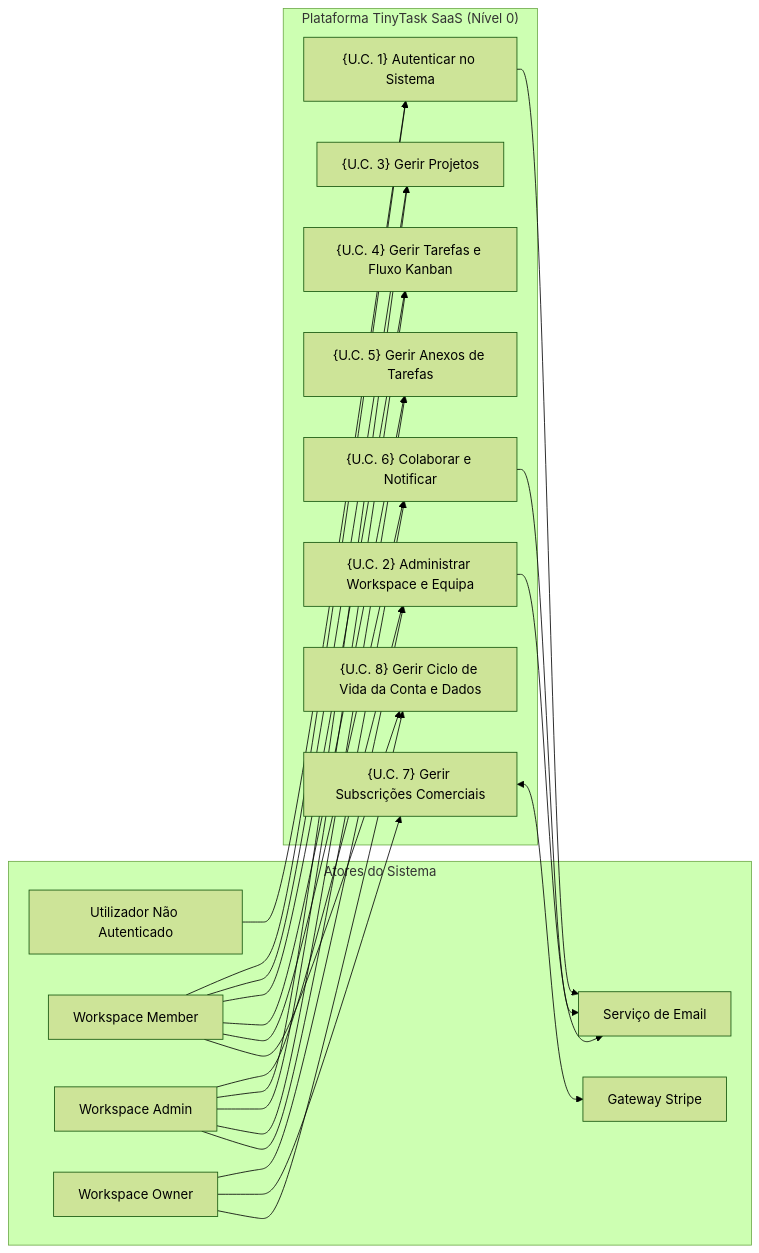
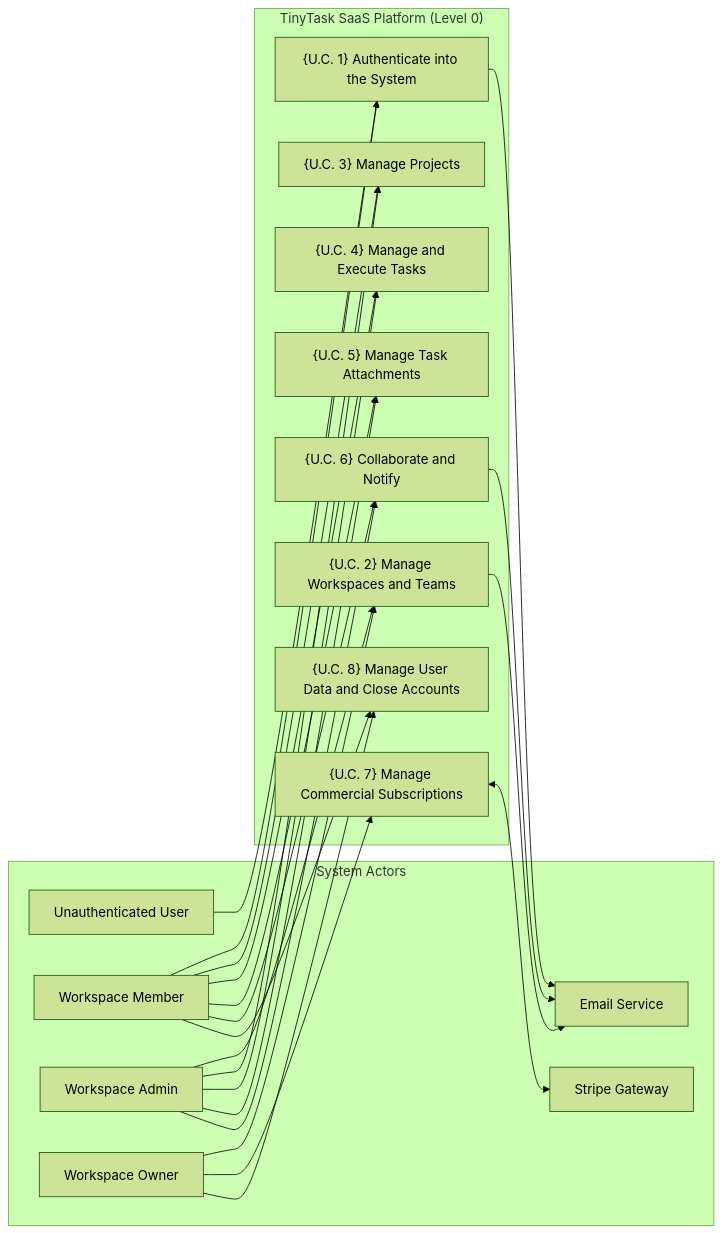
The diagram in cases/Case_01_TinyTask_SaaS/03_PHASE3_SPEC/Doc01_Requirements_Elicitation_and_PUC.md (pauloribeiro16/aegis-mvp), drawn with Mermaid (forest theme) before and after one commit. The commit also changed other lines of this file and 3 other files, not shown here.

````diff
--- a/cases/Case_01_TinyTask_SaaS/03_PHASE3_SPEC/Doc01_Requirements_Elicitation_and_PUC.md
+++ b/cases/Case_01_TinyTask_SaaS/03_PHASE3_SPEC/Doc01_Requirements_Elicitation_and_PUC.md
@@ -878,45 +878,45 @@
 ```mermaid
 flowchart LR
-    subgraph Atores["Atores do Sistema"]
-        U_Anon["Utilizador Não Autenticado"]
-        U_Membro["Workspace Member"]
+    subgraph Actors["System Actors"]
+        U_Anon["Unauthenticated User"]
+        U_Member["Workspace Member"]
         U_Admin["Workspace Admin"]
         U_Owner["Workspace Owner"]
-        S_Stripe["Gateway Stripe"]
-        S_Email["Serviço de Email"]
+        S_Stripe["Stripe Gateway"]
+        S_Email["Email Service"]
     end
 
-    subgraph Sistema["Plataforma TinyTask SaaS (Nível 0)"]
-        UC1["{U.C. 1} Autenticar no Sistema"]
-        UC2["{U.C. 2} Administrar Workspace e Equipa"]
-        UC3["{U.C. 3} Gerir Projetos"]
-        UC4["{U.C. 4} Gerir Tarefas e Fluxo Kanban"]
-        UC5["{U.C. 5} Gerir Anexos de Tarefas"]
-        UC6["{U.C. 6} Colaborar e Notificar"]
-        UC7["{U.C. 7} Gerir Subscrições Comerciais"]
-        UC8["{U.C. 8} Gerir Ciclo de Vida da Conta e Dados"]
+    subgraph System["TinyTask SaaS Platform (Level 0)"]
+        UC1["{U.C. 1} Authenticate into the System"]
+        UC2["{U.C. 2} Manage Workspaces and Teams"]
+        UC3["{U.C. 3} Manage Projects"]
+        UC4["{U.C. 4} Manage and Execute Tasks"]
+        UC5["{U.C. 5} Manage Task Attachments"]
+        UC6["{U.C. 6} Collaborate and Notify"]
+        UC7["{U.C. 7} Manage Commercial Subscriptions"]
+        UC8["{U.C. 8} Manage User Data and Close Accounts"]
     end
 
     U_Anon --> UC1
-    U_Membro --> UC1
-    U_Membro --> UC3
-    U_Membro --> UC4
-    U_Membro --> UC5
-    U_Membro --> UC6
-    U_Membro --> UC8
+    U_Member --> UC1
+    U_Member --> UC3
+    U_Member --> UC4
+    U_Member --> UC5
+    U_Member --> UC6
+    U_Member --> UC8
 
     U_Admin --> UC2
     U_Admin --> UC3
     U_Admin --> UC4
     U_Admin --> UC5
     U_Admin --> UC6
 
     U_Owner --> UC2
     U_Owner --> UC7
     U_Owner --> UC8
 
     UC1 --> S_Email
     UC2 --> S_Email
     UC6 --> S_Email
     UC7 <--> S_Stripe
 ```
````
